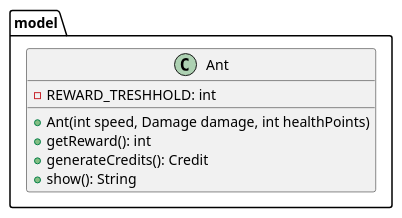
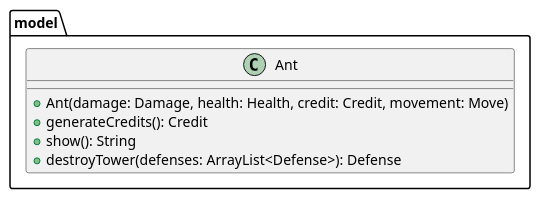
One commit to alejandrodelcs/algo3_tp2 changed the diagram in diagrams/classes/algoDefense/model/enemy/Ant.puml. Above: the diagram before and after it, drawn with PlantUML. The commit also changed 11 other files, not shown here.

Commit message:
Some Diagrams created

```diff
--- a/diagrams/classes/algoDefense/model/enemy/Ant.puml
+++ b/diagrams/classes/algoDefense/model/enemy/Ant.puml
@@ -1,15 +1,11 @@
 @startuml
 'https://plantuml.com/class-diagram
-
 package model {
     class Ant {
-        - REWARD_TRESHHOLD: int
-
-        + Ant(int speed, Damage damage, int healthPoints)
-        + getReward(): int
+        + Ant(damage: Damage, health: Health, credit: Credit, movement: Move)
         + generateCredits(): Credit
         + show(): String
+        + destroyTower(defenses: ArrayList<Defense>): Defense
     }
 }
-
 @enduml
```
